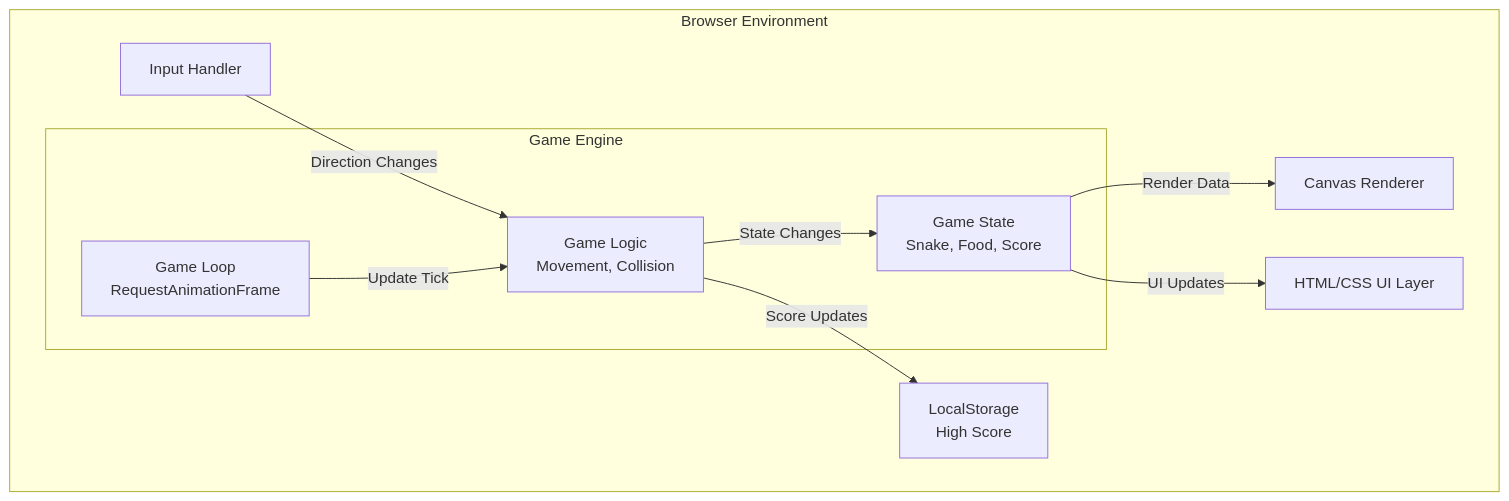
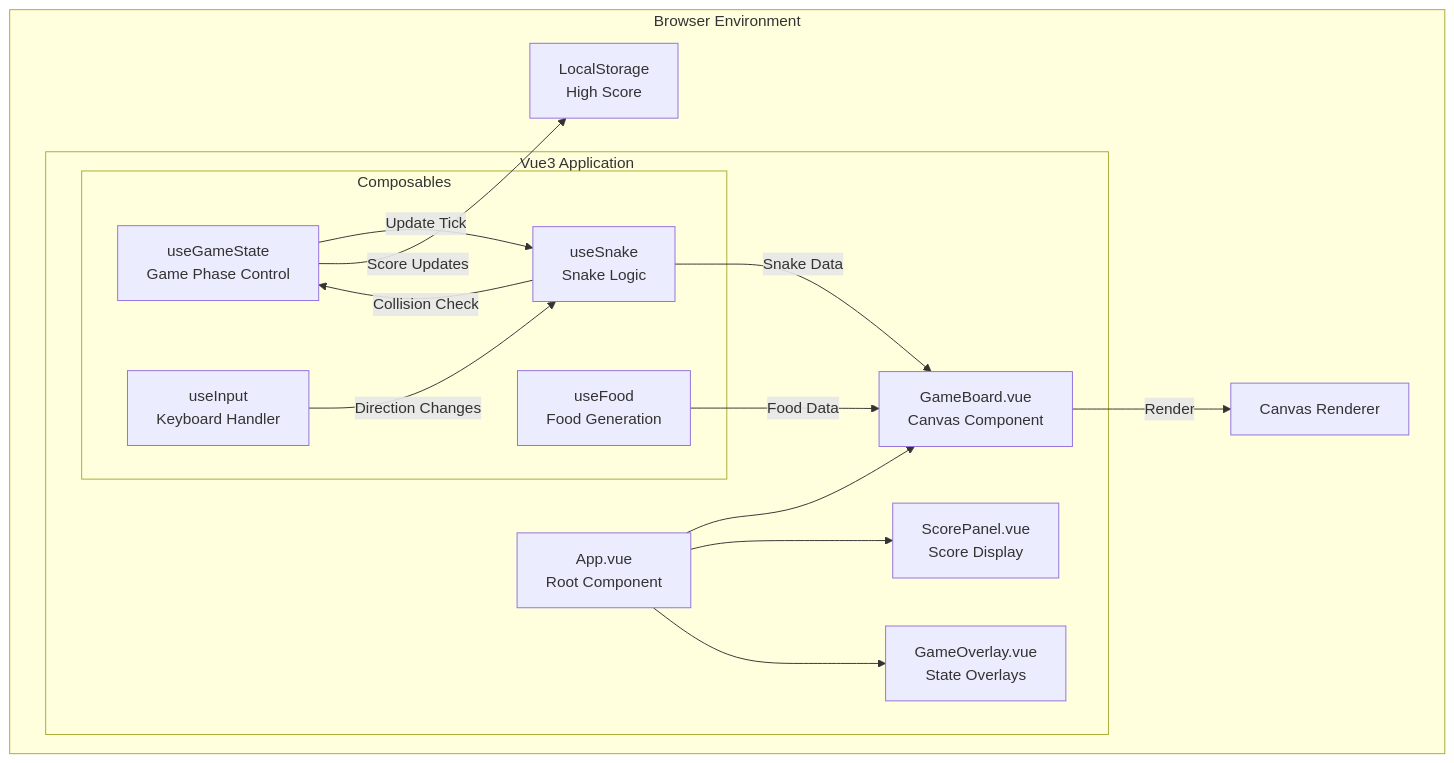
Before and after one commit to isoform-bucket-development/langchain4j: the diagram in .something/prd.md, drawn with Mermaid. The commit also changed other lines of this file, not shown here.

Commit message:
feat: update PRD to use Vue3 framework
- Change technology stack from vanilla JavaScript to Vue3
- Add Vite as build tool
- Update state management to use Vue3 Composition API with composables
- Update architecture diagram to reflect Vue3 component structure
- Add Vue3 and Vite to project dependencies

````diff
--- a/.something/prd.md
+++ b/.something/prd.md
@@ -266,23 +267,32 @@
 ```mermaid
 graph TB
     subgraph "Browser Environment"
-        UI[HTML/CSS UI Layer]
-        Canvas[Canvas Renderer]
-        Input[Input Handler]
+        subgraph "Vue3 Application"
+            App[App.vue<br/>Root Component]
+            GameBoard[GameBoard.vue<br/>Canvas Component]
+            ScorePanel[ScorePanel.vue<br/>Score Display]
+            GameOverlay[GameOverlay.vue<br/>State Overlays]
 
-        subgraph "Game Engine"
-            GameLoop[Game Loop<br/>RequestAnimationFrame]
-            State[Game State<br/>Snake, Food, Score]
-            Logic[Game Logic<br/>Movement, Collision]
+            subgraph "Composables"
+                useGame[useGameState<br/>Game Phase Control]
+                useSnake[useSnake<br/>Snake Logic]
+                useFood[useFood<br/>Food Generation]
+                useInput[useInput<br/>Keyboard Handler]
+            end
         end
 
+        Canvas[Canvas Renderer]
         Storage[LocalStorage<br/>High Score]
     end
 
-    Input -->|Direction Changes| Logic
-    GameLoop -->|Update Tick| Logic
-    Logic -->|State Changes| State
-    State -->|Render Data| Canvas
-    Logic -->|Score Updates| Storage
-    State -->|UI Updates| UI
+    App --> GameBoard
+    App --> ScorePanel
+    App --> GameOverlay
+    useInput -->|Direction Changes| useSnake
+    useGame -->|Update Tick| useSnake
+    useSnake -->|Collision Check| useGame
+    useFood -->|Food Data| GameBoard
+    useSnake -->|Snake Data| GameBoard
+    GameBoard -->|Render| Canvas
+    useGame -->|Score Updates| Storage
 ```
````
